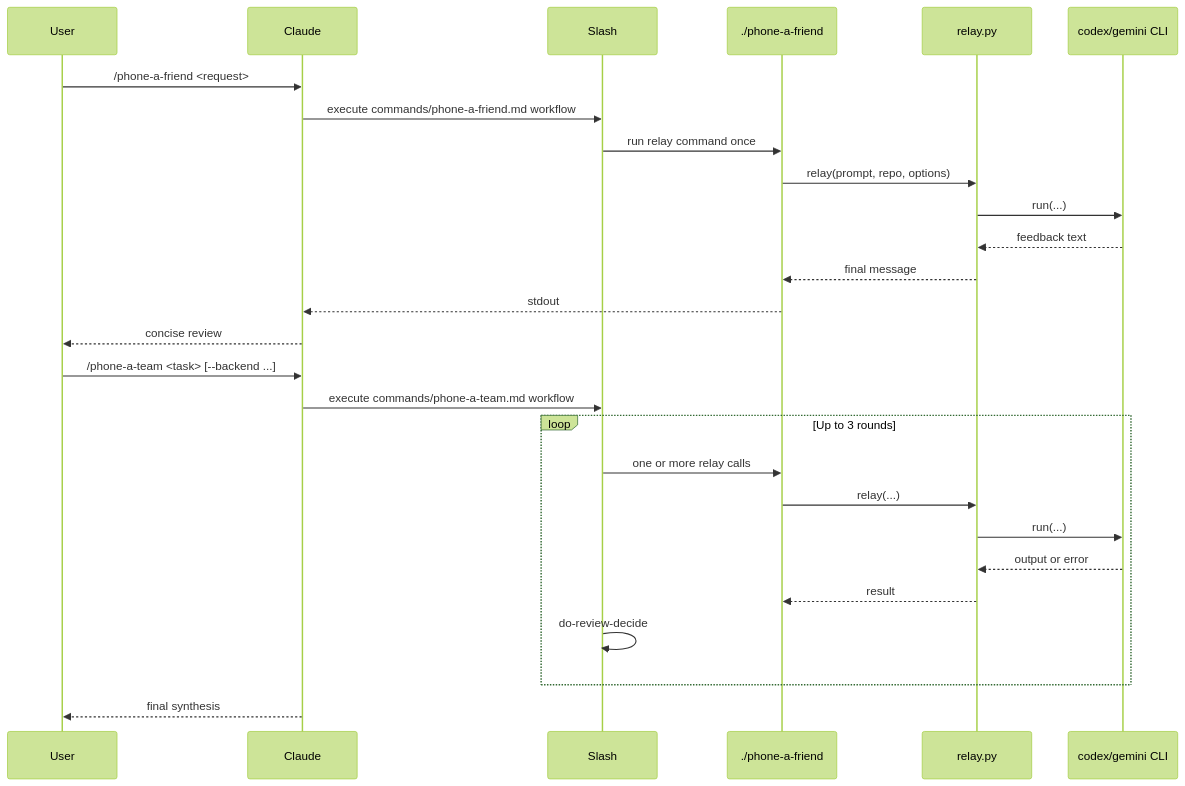
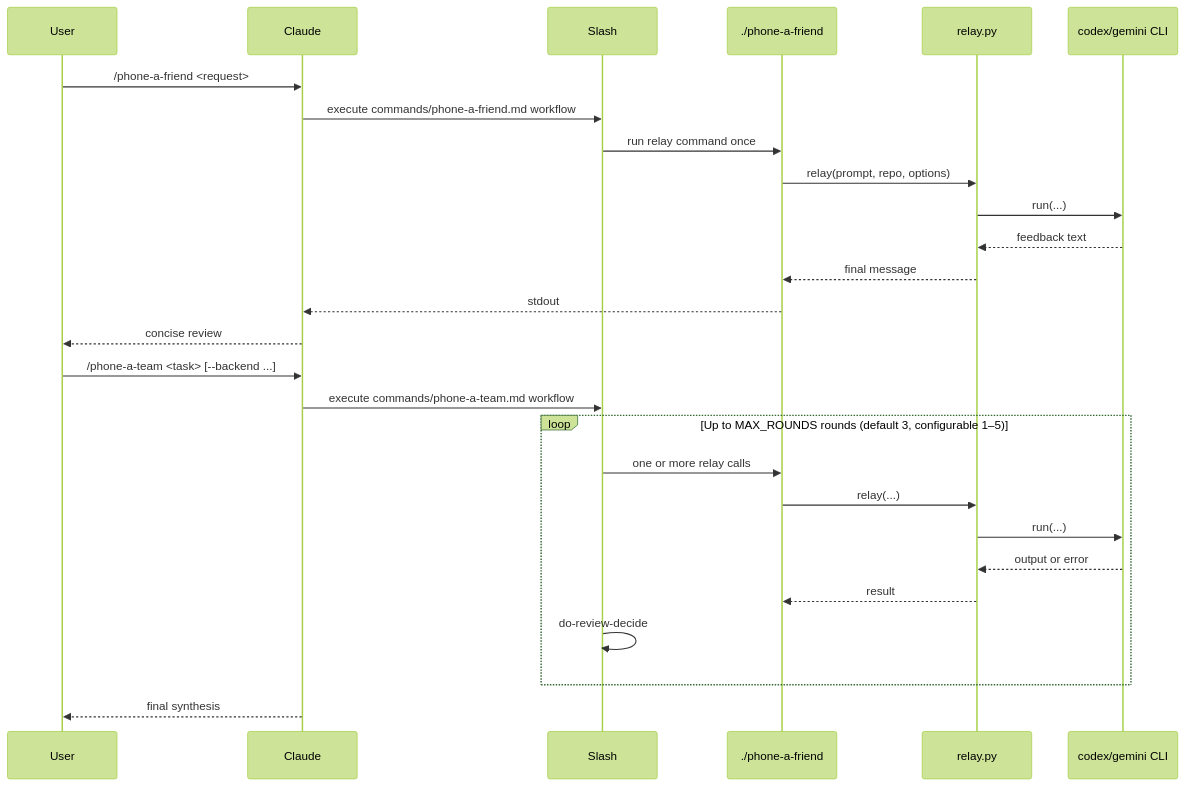
The second of 2 diagrams in architecture/00-system-overview.md (freibergergarcia/phone-a-friend), drawn with Mermaid (forest theme) before and after one commit. The commit also changed 4 other files, not shown here.

````diff
--- a/architecture/00-system-overview.md
+++ b/architecture/00-system-overview.md
@@ -46,31 +46,31 @@
 ```mermaid
 sequenceDiagram
   participant User
   participant Claude
   participant Slash
   participant CLI as ./phone-a-friend
   participant Relay as relay.py
   participant Backend as codex/gemini CLI
 
   User->>Claude: /phone-a-friend <request>
   Claude->>Slash: execute commands/phone-a-friend.md workflow
   Slash->>CLI: run relay command once
   CLI->>Relay: relay(prompt, repo, options)
   Relay->>Backend: run(...)
   Backend-->>Relay: feedback text
   Relay-->>CLI: final message
   CLI-->>Claude: stdout
   Claude-->>User: concise review
 
   User->>Claude: /phone-a-team <task> [--backend ...]
   Claude->>Slash: execute commands/phone-a-team.md workflow
-  loop Up to 3 rounds
+  loop Up to MAX_ROUNDS rounds (default 3, configurable 1–5)
     Slash->>CLI: one or more relay calls
     CLI->>Relay: relay(...)
     Relay->>Backend: run(...)
     Backend-->>Relay: output or error
     Relay-->>CLI: result
     Slash->>Slash: do-review-decide
   end
   Claude-->>User: final synthesis
 ```
````
